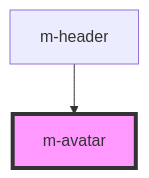
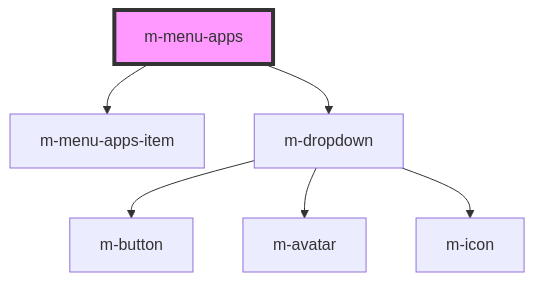
The diagram in src/components/m-menu-apps/readme.md (CESARBR/macaw), drawn with Mermaid before and after one commit. The commit also changed other lines of this file and 7 other files, not shown here.

Commit message:
1) Update automatic component readme.md docs; 2) Menu Apps: changed  button color to use color variable; 3) Menu Apps: changed icon fill to currentColor

````diff
--- a/src/components/m-menu-apps/readme.md
+++ b/src/components/m-menu-apps/readme.md
@@ -24,5 +26,9 @@
 ```mermaid
 graph TD;
-  m-header --> m-avatar
-  style m-avatar fill:#f9f,stroke:#333,stroke-width:4px
+  m-menu-apps --> m-menu-apps-item
+  m-menu-apps --> m-dropdown
+  m-dropdown --> m-button
+  m-dropdown --> m-avatar
+  m-dropdown --> m-icon
+  style m-menu-apps fill:#f9f,stroke:#333,stroke-width:4px
 ```
````
